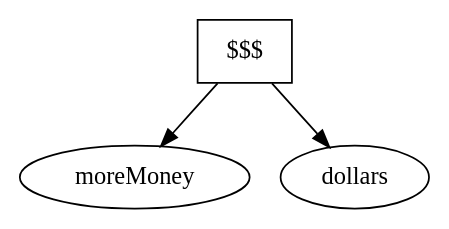
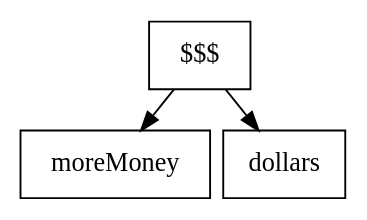
Before and after one commit to des904e15/report: the diagram in figures/graphviz/electrical_vs_consumer.dot, drawn with Graphviz. The commit also changed 10 other files, not shown here.

```diff
--- a/figures/graphviz/electrical_vs_consumer.dot
+++ b/figures/graphviz/electrical_vs_consumer.dot
@@ -1,10 +1,12 @@
 digraph G{
-	node [style=filled fillcolor=white]
+
+graph[ center=true, margin=0.2, nodesep=0.1, ranksep=0.3]
+node[ shape=rectangle];
 
 	root[label="$$$",shape=OR];	
 
 	root -> moreMoney;
 	root -> dollars;
 	
 	
 	}
```
